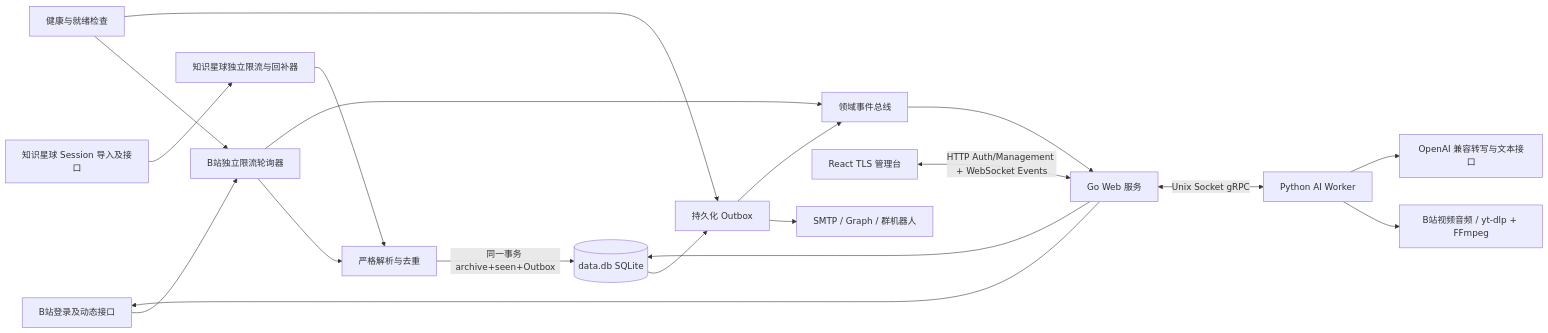
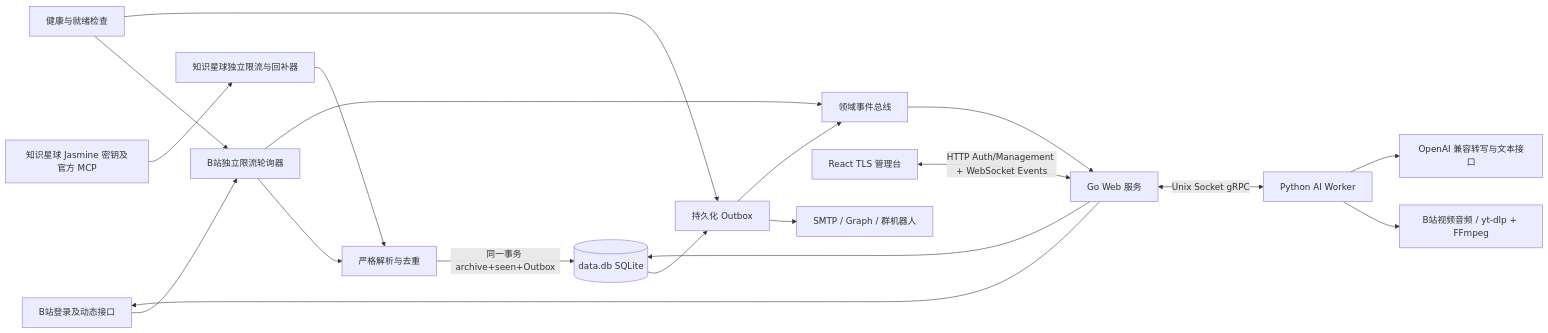
Before and after one commit to linxin2429/bili_notify: the diagram in docs/requirements-and-design.md, drawn with Mermaid. The commit also changed other lines of this file and 27 other files, not shown here.

First line of the commit message:
feat(zsxq)!: replace session authentication with MCP keys

````diff
--- a/docs/requirements-and-design.md
+++ b/docs/requirements-and-design.md
@@ -21,21 +21,21 @@
 ```mermaid
 flowchart LR
     B[B站登录及动态接口] --> C[B站独立限流轮询器]
-    Z[知识星球 Session 导入及接口] --> Q[知识星球独立限流与回补器]
+    Z[知识星球 Jasmine 密钥及官方 MCP] --> Q[知识星球独立限流与回补器]
     C --> P[严格解析与去重]
     Q --> P
     P -->|同一事务 archive+seen+Outbox| S[(data.db SQLite)]
     S --> O[持久化 Outbox]
     O --> N[SMTP / Graph / 群机器人]
     A[React TLS 管理台] <-->|HTTP Auth/Management + WebSocket Events| W[Go Web 服务]
     W --> S
     W --> B
     E[领域事件总线] --> W
     C --> E
     O --> E
     H[健康与就绪检查] --> C
     H --> O
     W <-->|Unix Socket gRPC| AI[Python AI Worker]
     AI --> BD[B站视频音频 / yt-dlp + FFmpeg]
     AI --> OP[OpenAI 兼容转写与文本接口]
 ```
````
